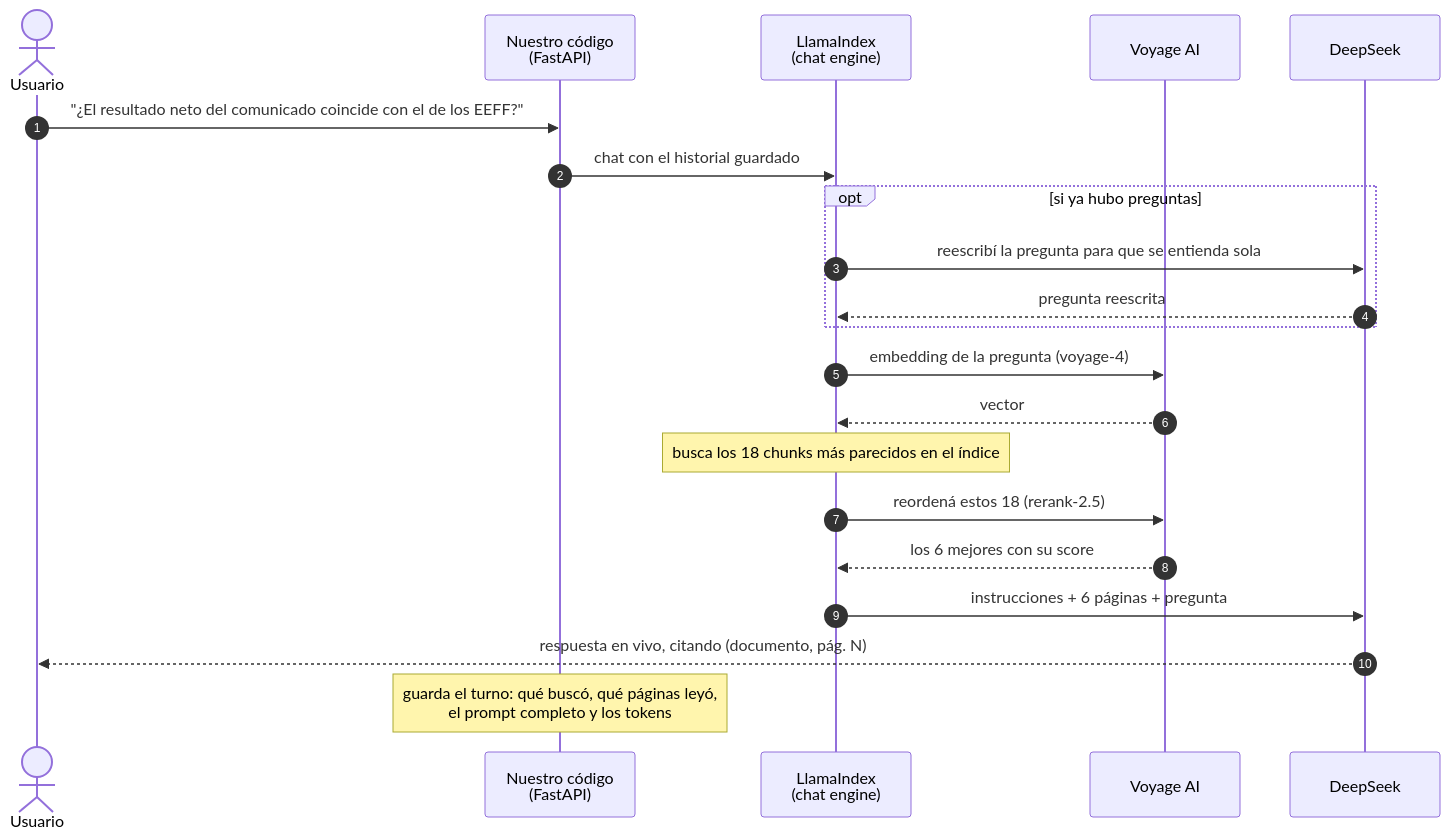
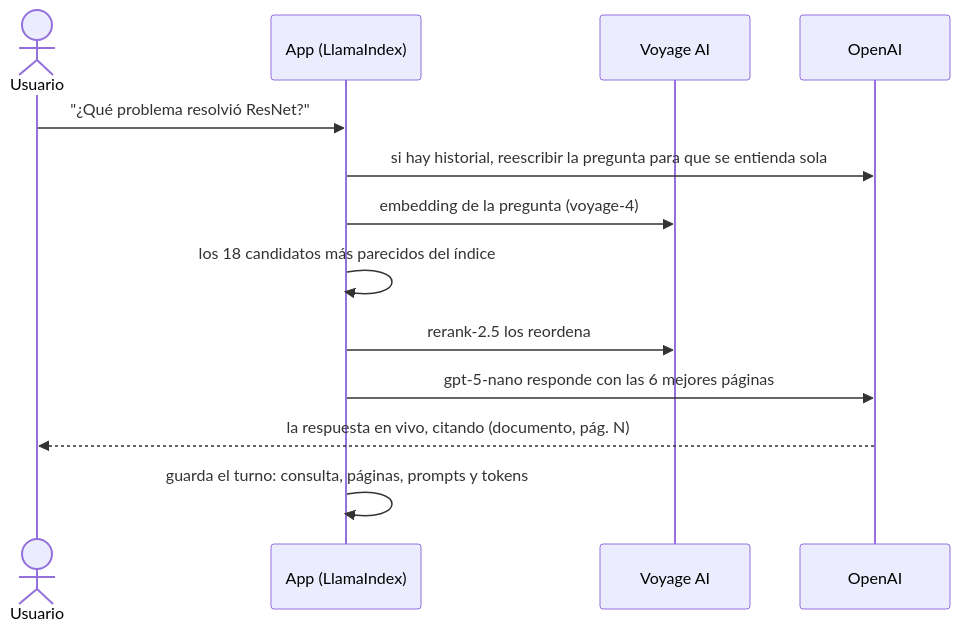
Before and after one commit to javi2481/parla-rag: the third of 6 diagrams in README.md, drawn with Mermaid. The commit also changed other lines of this file and 5 other files, not shown here.

Commit message:
docs: README, plan, estado y bitacora con el corpus nuevo, el diseno y el plan del chat principal

````diff
--- a/README.md
+++ b/README.md
@@ -249,24 +199,16 @@
 ```mermaid
 sequenceDiagram
-    autonumber
     actor U as Usuario
-    participant A as Nuestro código<br/>(FastAPI)
-    participant L as LlamaIndex<br/>(chat engine)
+    participant A as App (LlamaIndex)
     participant V as Voyage AI
-    participant D as DeepSeek
+    participant O as OpenAI
 
-    U->>A: "¿El resultado neto del comunicado coincide con el de los EEFF?"
-    A->>L: chat con el historial guardado
-    opt si ya hubo preguntas
-        L->>D: reescribí la pregunta para que se entienda sola
-        D-->>L: pregunta reescrita
-    end
-    L->>V: embedding de la pregunta (voyage-4)
-    V-->>L: vector
-    Note over L: busca los 18 chunks más parecidos en el índice
-    L->>V: reordená estos 18 (rerank-2.5)
-    V-->>L: los 6 mejores con su score
-    L->>D: instrucciones + 6 páginas + pregunta
-    D-->>U: respuesta en vivo, citando (documento, pág. N)
-    Note over A: guarda el turno: qué buscó, qué páginas leyó,<br/>el prompt completo y los tokens
+    U->>A: "¿Qué problema resolvió ResNet?"
+    A->>O: si hay historial, reescribir la pregunta para que se entienda sola
+    A->>V: embedding de la pregunta (voyage-4)
+    A->>A: los 18 candidatos más parecidos del índice
+    A->>V: rerank-2.5 los reordena
+    A->>O: gpt-5-nano responde con las 6 mejores páginas
+    O-->>U: la respuesta en vivo, citando (documento, pág. N)
+    A->>A: guarda el turno: consulta, páginas, prompts y tokens
 ```
````
